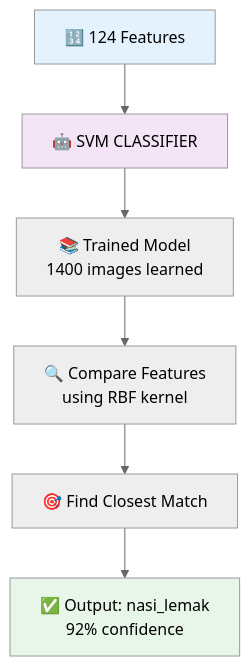
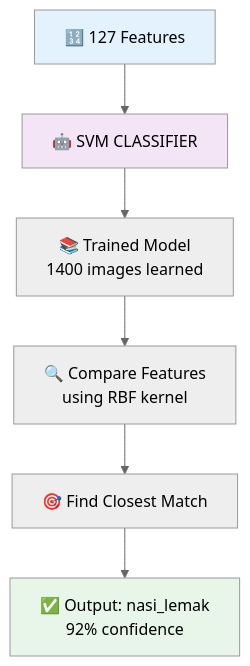
Before and after one commit to izwanGit/malaysian-food-recognition: the second of 3 diagrams in README.md, drawn with Mermaid (neutral theme). The commit also changed other lines of this file and 3 other files, not shown here.

````diff
--- a/README.md
+++ b/README.md
@@ -129,12 +129,12 @@
 ```mermaid
 flowchart TD
-    A["🔢 124 Features"] --> B["🤖 SVM CLASSIFIER"]
+    A["🔢 127 Features"] --> B["🤖 SVM CLASSIFIER"]
     B --> C["📚 Trained Model<br/>1400 images learned"]
     C --> D["🔍 Compare Features<br/>using RBF kernel"]
     D --> E["🎯 Find Closest Match"]
     E --> F["✅ Output: nasi_lemak<br/>92% confidence"]
     
     style A fill:#e3f2fd
     style B fill:#f3e5f5
     style F fill:#e8f5e9
 ```
````
